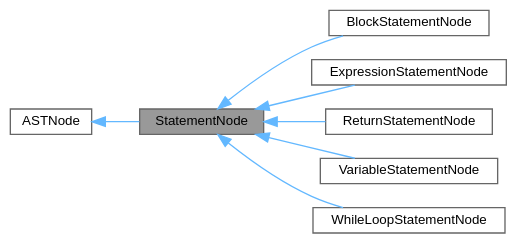
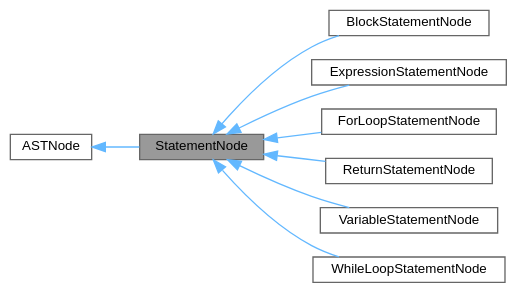
The diagram in pebbl/docs/structStatementNode__inherit__graph.dot (kejunp/kejunp.github.io), drawn with Graphviz before and after one commit. The commit also changed 28 other files, not shown here.

```diff
--- a/pebbl/docs/structStatementNode__inherit__graph.dot
+++ b/pebbl/docs/structStatementNode__inherit__graph.dot
@@ -1,21 +1,23 @@
 digraph "StatementNode"
 {
  // LATEX_PDF_SIZE
   bgcolor="transparent";
   edge [fontname=Helvetica,fontsize=10,labelfontname=Helvetica,labelfontsize=10];
   node [fontname=Helvetica,fontsize=10,shape=box,height=0.2,width=0.4];
   rankdir="LR";
   Node1 [id="Node000001",label="StatementNode",height=0.2,width=0.4,color="gray40", fillcolor="grey60", style="filled", fontcolor="black",tooltip="Base class for all statements."];
   Node2 -> Node1 [id="edge1_Node000001_Node000002",dir="back",color="steelblue1",style="solid",tooltip=" "];
   Node2 [id="Node000002",label="ASTNode",height=0.2,width=0.4,color="gray40", fillcolor="white", style="filled",URL="$structASTNode.html",tooltip="Base class of all AST nodes."];
   Node1 -> Node3 [id="edge2_Node000001_Node000003",dir="back",color="steelblue1",style="solid",tooltip=" "];
   Node3 [id="Node000003",label="BlockStatementNode",height=0.2,width=0.4,color="gray40", fillcolor="white", style="filled",URL="$structBlockStatementNode.html",tooltip="A block statement { [statements... ] }."];
   Node1 -> Node4 [id="edge3_Node000001_Node000004",dir="back",color="steelblue1",style="solid",tooltip=" "];
   Node4 [id="Node000004",label="ExpressionStatementNode",height=0.2,width=0.4,color="gray40", fillcolor="white", style="filled",URL="$structExpressionStatementNode.html",tooltip="A wrapper around a expression (but it is a statement)"];
   Node1 -> Node5 [id="edge4_Node000001_Node000005",dir="back",color="steelblue1",style="solid",tooltip=" "];
-  Node5 [id="Node000005",label="ReturnStatementNode",height=0.2,width=0.4,color="gray40", fillcolor="white", style="filled",URL="$structReturnStatementNode.html",tooltip="A return statement (different from a implicit return, e.g. 5; will become a expression statement,..."];
+  Node5 [id="Node000005",label="ForLoopStatementNode",height=0.2,width=0.4,color="gray40", fillcolor="white", style="filled",URL="$structForLoopStatementNode.html",tooltip=" "];
   Node1 -> Node6 [id="edge5_Node000001_Node000006",dir="back",color="steelblue1",style="solid",tooltip=" "];
-  Node6 [id="Node000006",label="VariableStatementNode",height=0.2,width=0.4,color="gray40", fillcolor="white", style="filled",URL="$structVariableStatementNode.html",tooltip="A variable declaration/definition: let immut = 5; var mut = 5; etc."];
+  Node6 [id="Node000006",label="ReturnStatementNode",height=0.2,width=0.4,color="gray40", fillcolor="white", style="filled",URL="$structReturnStatementNode.html",tooltip="A return statement (different from a implicit return, e.g. 5; will become a expression statement,..."];
   Node1 -> Node7 [id="edge6_Node000001_Node000007",dir="back",color="steelblue1",style="solid",tooltip=" "];
-  Node7 [id="Node000007",label="WhileLoopStatementNode",height=0.2,width=0.4,color="gray40", fillcolor="white", style="filled",URL="$structWhileLoopStatementNode.html",tooltip="A while loop (e.g., while x < y { let x = 5 let y = 4;})"];
+  Node7 [id="Node000007",label="VariableStatementNode",height=0.2,width=0.4,color="gray40", fillcolor="white", style="filled",URL="$structVariableStatementNode.html",tooltip="A variable declaration/definition: let immut = 5; var mut = 5; etc."];
+  Node1 -> Node8 [id="edge7_Node000001_Node000008",dir="back",color="steelblue1",style="solid",tooltip=" "];
+  Node8 [id="Node000008",label="WhileLoopStatementNode",height=0.2,width=0.4,color="gray40", fillcolor="white", style="filled",URL="$structWhileLoopStatementNode.html",tooltip="A while loop (e.g., while x < y { let x = 5 let y = 4;})"];
 }
```
